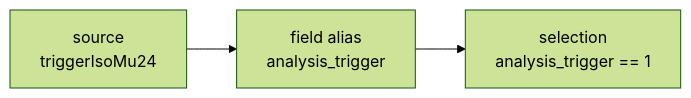
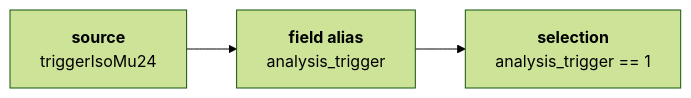
The fourth of 7 diagrams in docs/authoring/index.md (FAST-HEP/fasthep-flow), drawn with Mermaid (forest theme) before and after one commit. The commit also changed other lines of this file and 7 other files, not shown here.

````diff
--- a/docs/authoring/index.md
+++ b/docs/authoring/index.md
@@ -301,8 +302,8 @@
 ```{mermaid}
 flowchart LR
-    Source["source<br/>triggerIsoMu24"]
-    Alias["field alias<br/>analysis_trigger"]
-    Selection["selection<br/>analysis_trigger == 1"]
+    Source["<b>source</b><br/>triggerIsoMu24"]:::source
+    Alias["<b>field alias</b><br/>analysis_trigger"]:::transform
+    Selection["<b>selection</b><br/>analysis_trigger == 1"]:::transform
 
     Source --> Alias --> Selection
 ```
````
